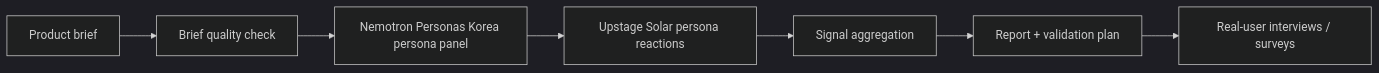
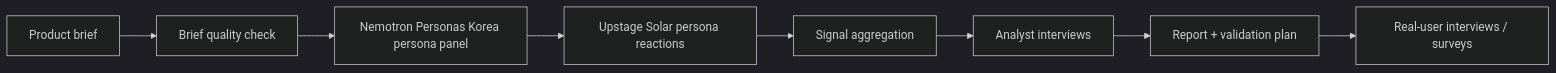
The diagram in README.en.md (choihyun-1110/hynix-pe-simulation), drawn with Mermaid (dark theme) before and after one commit. The commit also changed other lines of this file and 2 other files, not shown here.

````diff
--- a/README.en.md
+++ b/README.en.md
@@ -56,9 +68,10 @@
 ```mermaid
 flowchart LR
   A[Product brief] --> B[Brief quality check]
   B --> C[Nemotron Personas Korea persona panel]
   C --> D[Upstage Solar persona reactions]
   D --> E[Signal aggregation]
-  E --> F[Report + validation plan]
-  F --> G[Real-user interviews / surveys]
+  E --> F[Analyst interviews]
+  F --> G[Report + validation plan]
+  G --> H[Real-user interviews / surveys]
 ```
````
